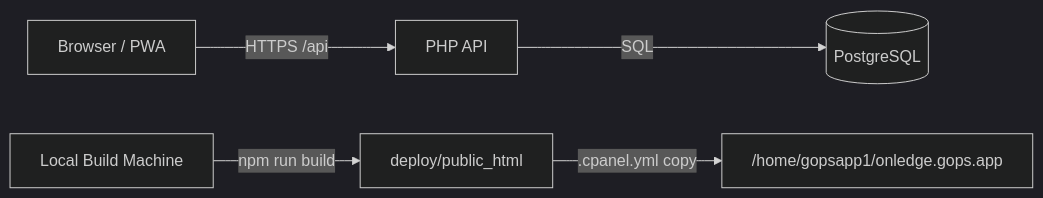
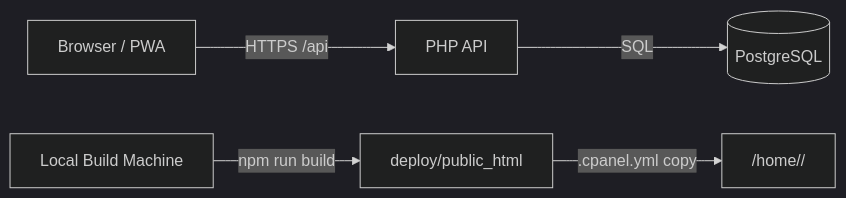
The diagram in README.md (agillhock7/OnLedge), drawn with Mermaid (dark theme) before and after one commit. The commit also changed other lines of this file, not shown here.

````diff
--- a/README.md
+++ b/README.md
@@ -75,7 +75,7 @@
 ```mermaid
 flowchart LR
   U["Browser / PWA"] -->|"HTTPS /api"| A["PHP API"]
   A -->|"SQL"| P[("PostgreSQL")]
   B["Local Build Machine"] -->|"npm run build"| D["deploy/public_html"]
-  D -->|".cpanel.yml copy"| W["/home/gopsapp1/onledge.gops.app"]
+  D -->|".cpanel.yml copy"| W["/home/<cpanel-user>/<app-domain>"]
 ```
````
